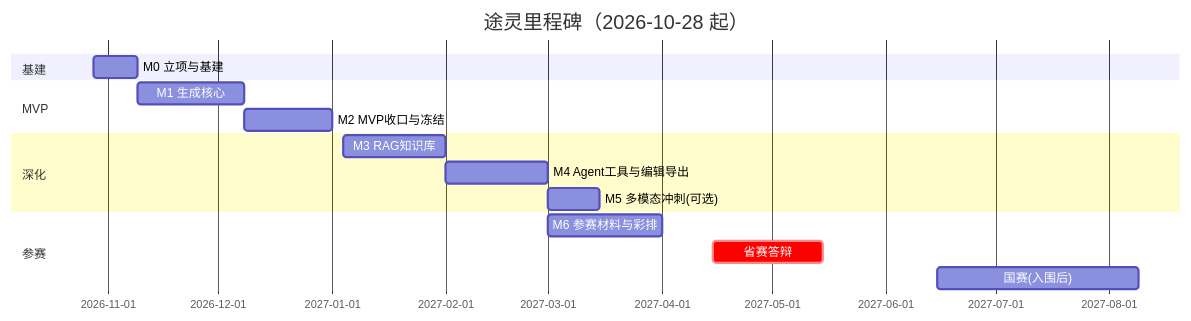
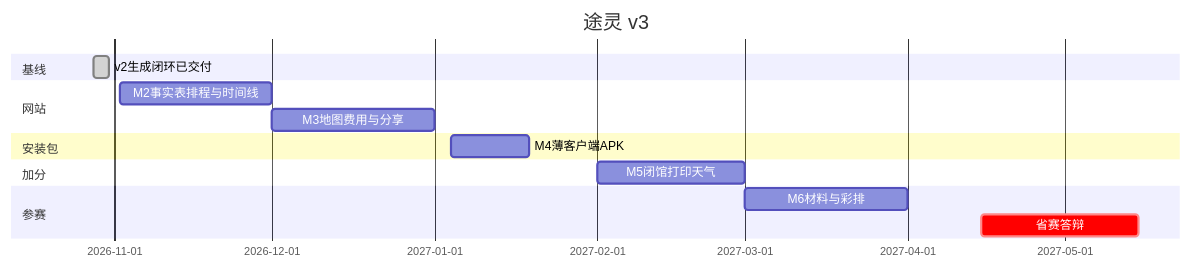
The third of 3 diagrams in docs/compose/spec/tuling-tripgenie.md (bigcj666/TripGenie), drawn with Mermaid before and after one commit. The commit also changed other lines of this file and 63 other files, not shown here.

````diff
--- a/docs/compose/spec/tuling-tripgenie.md
+++ b/docs/compose/spec/tuling-tripgenie.md
@@ -142,18 +255,17 @@
 ```mermaid
 gantt
-    title 途灵里程碑（2026-10-28 起）
+    title 途灵 v3
     dateFormat YYYY-MM-DD
-    section 基建
-    M0 立项与基建           :m0, 2026-10-28, 12d
-    section MVP
-    M1 生成核心             :m1, 2026-11-09, 29d
-    M2 MVP收口与冻结        :m2, after m1, 24d
-    section 深化
-    M3 RAG知识库            :m3, 2027-01-04, 28d
-    M4 Agent工具与编辑导出  :m4, 2027-02-01, 28d
-    M5 多模态冲刺(可选)     :m5, 2027-03-01, 14d
+    section 基线
+    v2生成闭环已交付 :done, v2, 2026-10-28, 3d
+    section 网站
+    M2事实表排程与时间线 :m2, 2026-11-02, 29d
+    M3地图费用与分享 :m3, 2026-12-01, 31d
+    section 安装包
+    M4薄客户端APK :m4, 2027-01-04, 15d
+    section 加分
+    M5闭馆打印天气 :m5, 2027-02-01, 28d
     section 参赛
-    M6 参赛材料与彩排       :m6, 2027-03-01, 31d
-    省赛答辩                :crit, 2027-04-15, 30d
-    国赛(入围后)            :2027-06-15, 55d
+    M6材料与彩排 :m6, 2027-03-01, 31d
+    省赛答辩 :crit, 2027-04-15, 30d
 ```
````
